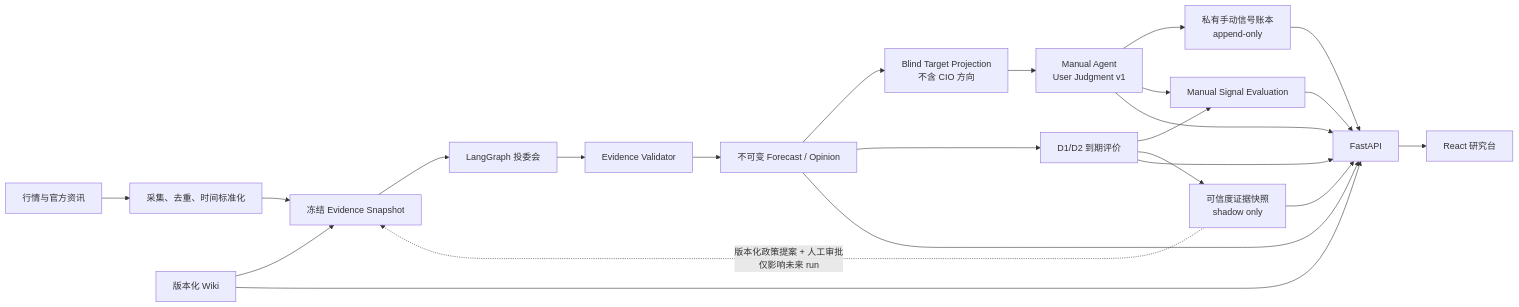
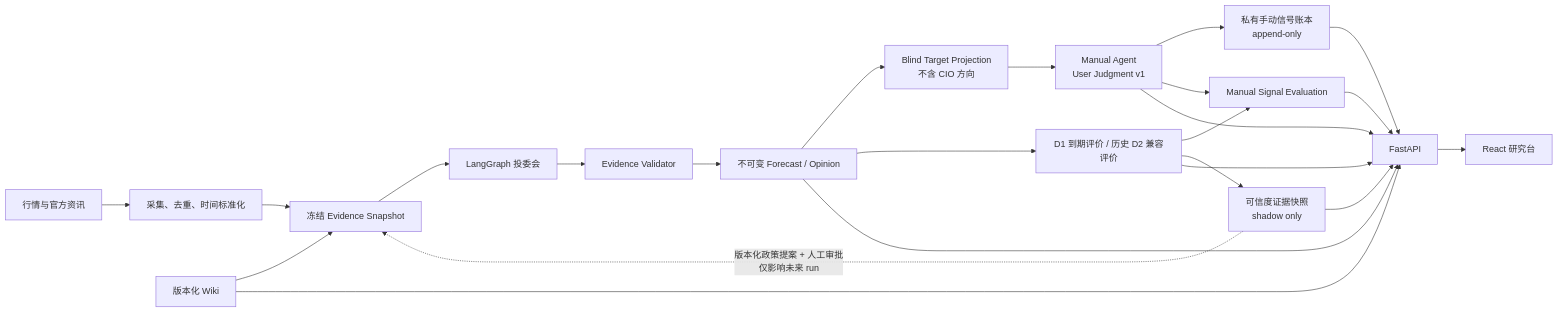
Before and after one commit to doublew6/forecast-loop: the first of 2 diagrams in docs/architecture.md, drawn with Mermaid. The commit also changed other lines of this file and 46 other files, not shown here.

```diff
--- a/docs/architecture.md
+++ b/docs/architecture.md
@@ -46,25 +47,25 @@
 ~~~mermaid
 flowchart LR
     A["行情与官方资讯"] --> B["采集、去重、时间标准化"]
     B --> C["冻结 Evidence Snapshot"]
     W["版本化 Wiki"] --> C
     C --> G["LangGraph 投委会"]
     G --> V["Evidence Validator"]
     V --> P["不可变 Forecast / Opinion"]
     P --> T["Blind Target Projection<br/>不含 CIO 方向"]
     T --> U["Manual Agent<br/>User Judgment v1"]
     U --> UW["私有手动信号账本<br/>append-only"]
-    P --> E["D1/D2 到期评价"]
+    P --> E["D1 到期评价 / 历史 D2 兼容评价"]
     E --> UE["Manual Signal Evaluation"]
     U --> UE
     E --> BS["可信度证据快照<br/>shadow only"]
     BS -. "版本化政策提案 + 人工审批<br/>仅影响未来 run" .-> C
     P --> API["FastAPI"]
     E --> API
     U --> API
     UE --> API
     BS --> API
     W --> API
     UW --> API
     API --> UI["React 研究台"]
 ~~~
```
